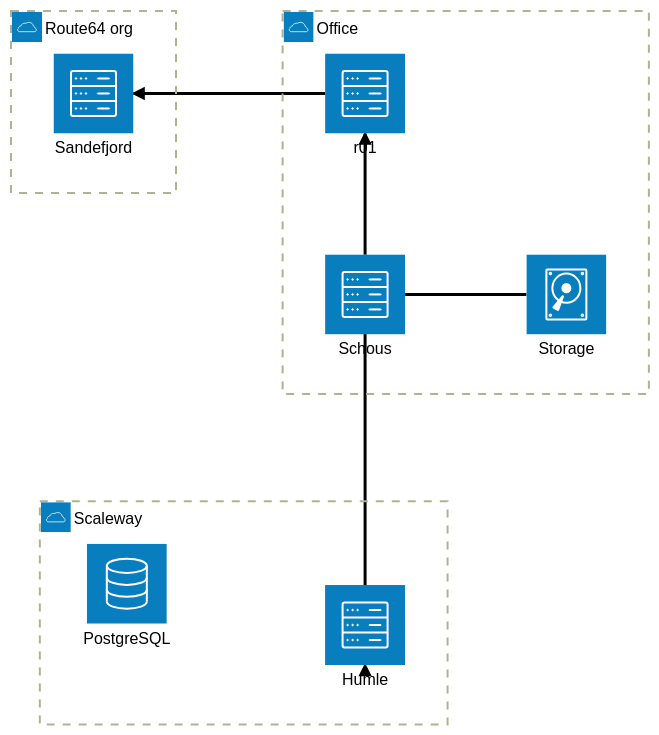
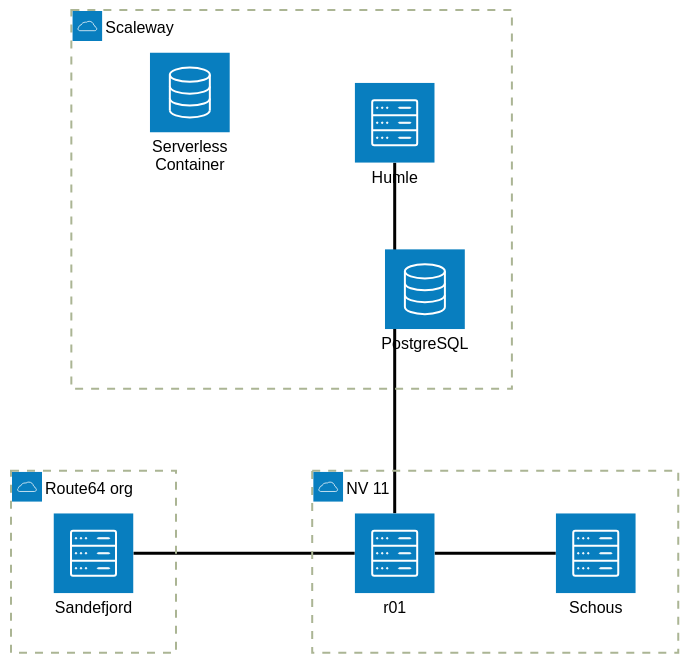
The diagram in docs/diagrams.md (Scienta/infrastructure), drawn with Mermaid (forest theme) before and after one commit.

Commit message:
diagrams: update

````diff
--- a/docs/diagrams.md
+++ b/docs/diagrams.md
@@ -3,21 +3,19 @@
 ```mermaid
 architecture-beta
     group scaleway(cloud)[Scaleway]
     service humle(server)[Humle] in scaleway
     service postgres(database)[PostgreSQL] in scaleway
+    service serverless-container(database)[Serverless Container] in scaleway
 
     group route64(cloud)[Route64 org]
     service r64(server)[Sandefjord] in route64
 
-    group office(cloud)[Office]
+    group office(cloud)[NV 11]
 
-    service disk(disk)[Storage] in office
     service r01(server)[r01] in office
     service schous(server)[Schous] in office
 
-    humle:B <-- T:schous
-    r64:R <-- L:r01
-    r01:B <-- T:schous
-
-    schous:R -- L:disk
+    schous:L -- R:r01
+    r01:T -- B:humle
+    r01:L -- R:r64
 ```
````
